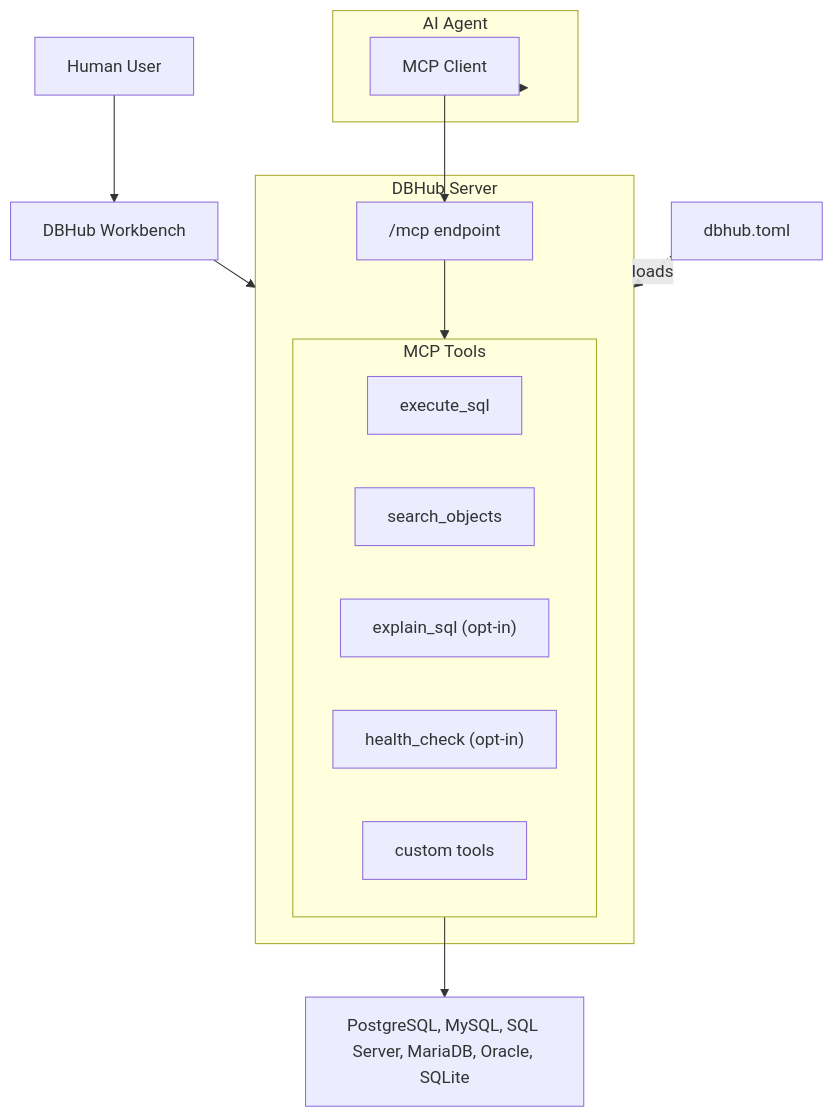
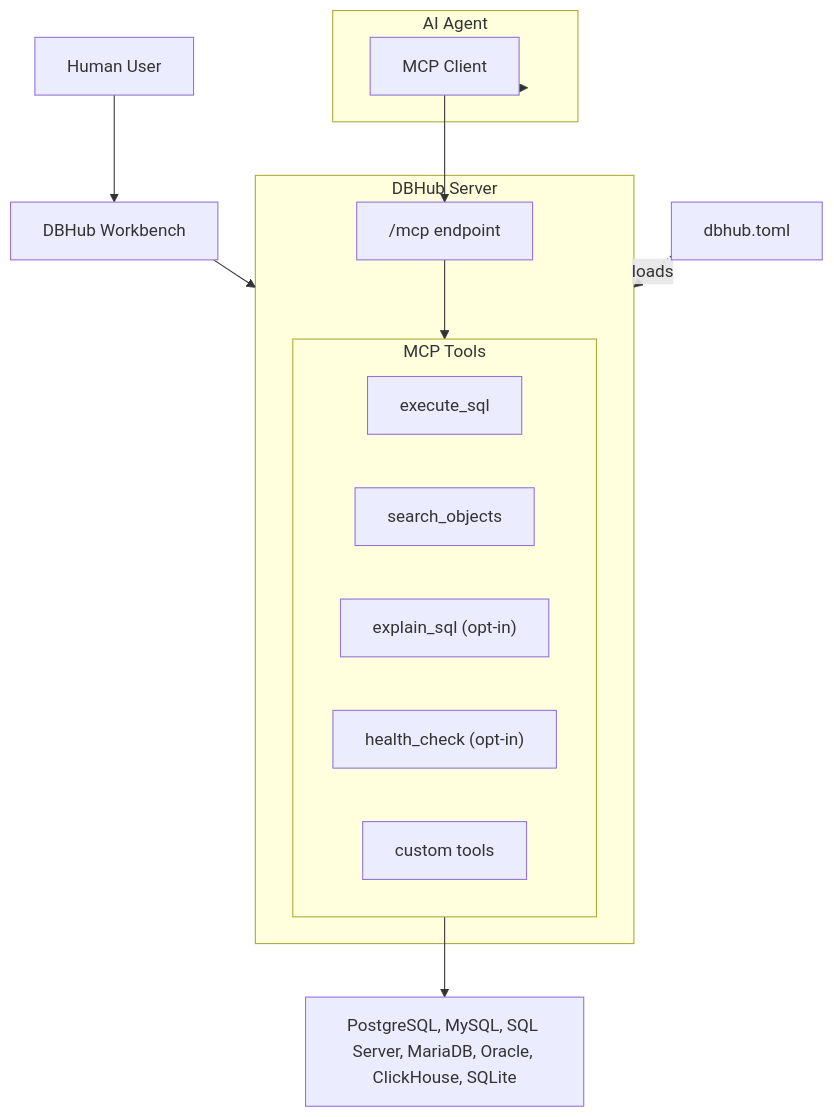
One commit to bytebase/dbhub changed the diagram in docs/index.mdx. Above: the diagram before and after it, drawn with Mermaid. The commit also changed other lines of this file and 61 other files, not shown here.

````diff
--- a/docs/index.mdx
+++ b/docs/index.mdx
@@ -92,42 +94,42 @@
 ```mermaid
 flowchart TB
     %% Human User
     User["Human User"]
 
     %% Workbench
     WB["DBHub Workbench"]
 
     %% AI Agent with MCP Client
     subgraph Agent["AI Agent"]
         MC["MCP Client"]
     end
 
     %% Configuration
     Config["dbhub.toml"]
 
     %% DBHub Server
     subgraph DBHub["DBHub Server"]
         MCP["/mcp endpoint"]
         subgraph Tools["MCP Tools"]
             ES["execute_sql"]
             SO["search_objects"]
             EX["explain_sql (opt-in)"]
             HC["health_check (opt-in)"]
             CT["custom tools"]
         end
     end
 
     %% Databases
-    Databases["PostgreSQL, MySQL, SQL Server, MariaDB, Oracle, SQLite"]
+    Databases["PostgreSQL, MySQL, SQL Server, MariaDB, Oracle, ClickHouse, SQLite"]
 
     %% Connections
     User --> WB
     WB --> DBHub
 
     Agent --> MC
     MC --> MCP
     MCP --> Tools
 
     Config -.->|loads| DBHub
     Tools --> Databases
 ```
````
